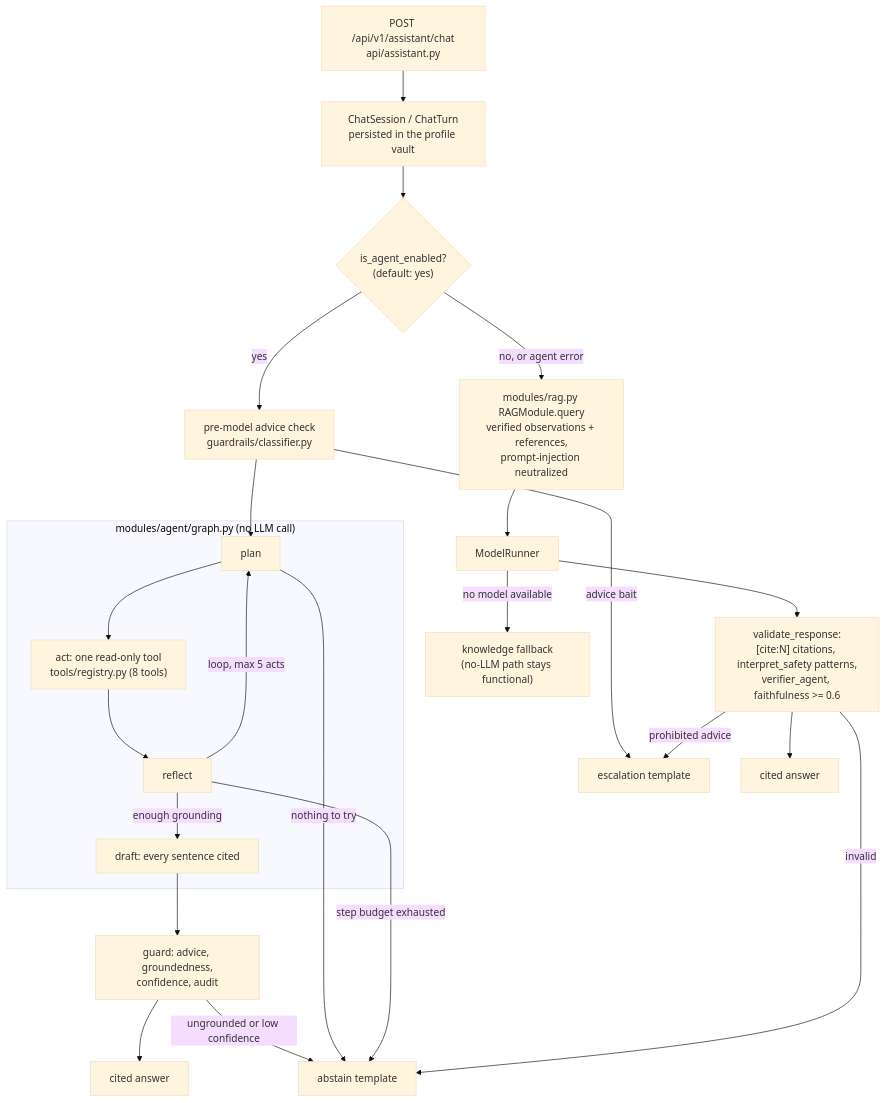
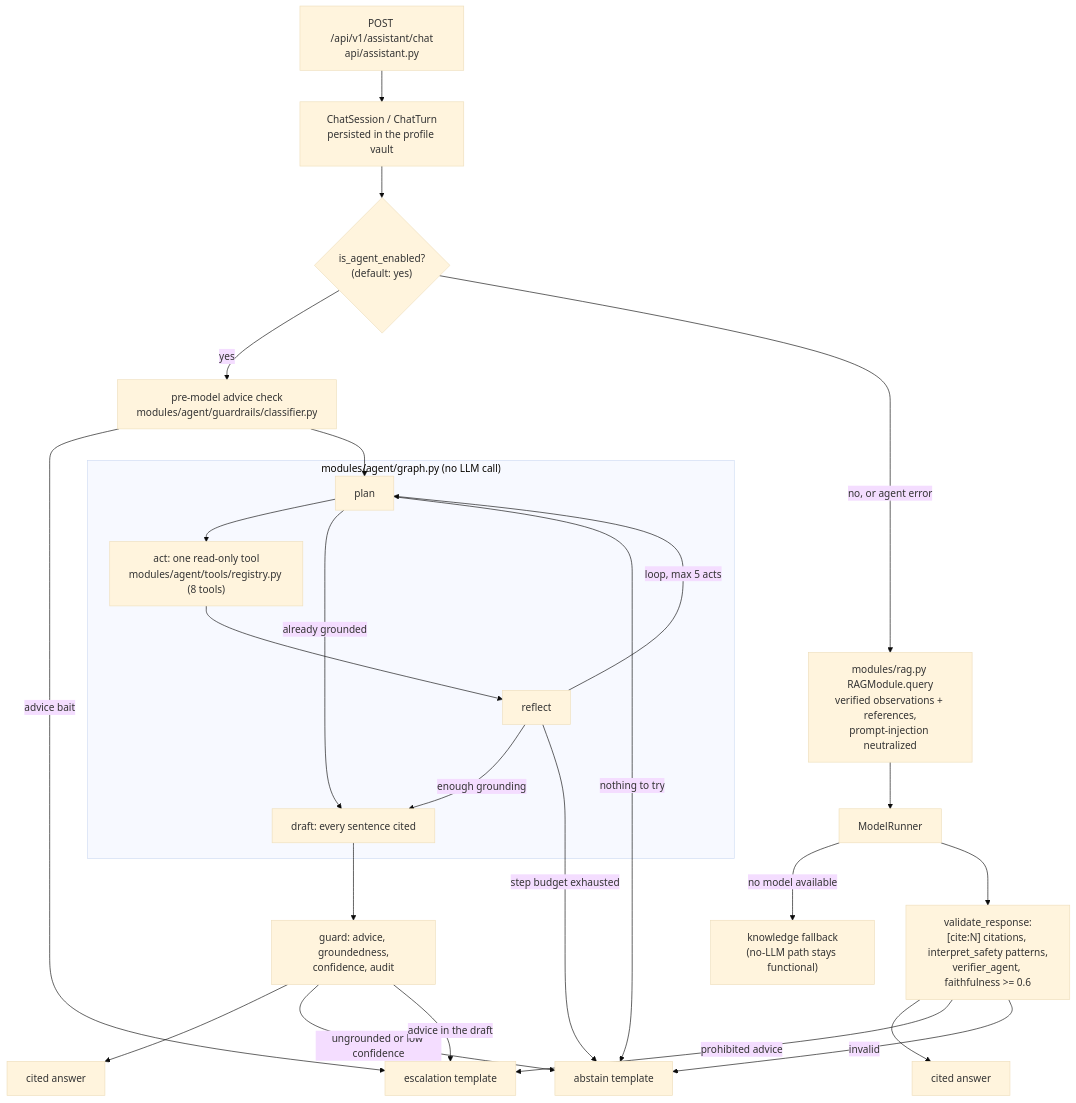
Before and after one commit to BrooklynD23/HealthCentral: the second of 4 diagrams in README.md, drawn with Mermaid (base theme). The commit also changed other lines of this file and 3 other files, not shown here.

````diff
--- a/README.md
+++ b/README.md
@@ -63,28 +63,30 @@
 ```mermaid
 flowchart TD
     Q["POST /api/v1/assistant/chat<br/>api/assistant.py"] --> SESS["ChatSession / ChatTurn<br/>persisted in the profile vault"]
     SESS --> SW{"is_agent_enabled?<br/>(default: yes)"}
 
-    SW -->|yes| PRE["pre-model advice check<br/>guardrails/classifier.py"]
+    SW -->|yes| PRE["pre-model advice check<br/>modules/agent/guardrails/classifier.py"]
     PRE -->|"advice bait"| ESC["escalation template"]
     PRE --> PLAN
     subgraph AGENT["modules/agent/graph.py (no LLM call)"]
-        PLAN["plan"] --> ACT["act: one read-only tool<br/>tools/registry.py (8 tools)"]
+        PLAN["plan"] --> ACT["act: one read-only tool<br/>modules/agent/tools/registry.py (8 tools)"]
+        PLAN -->|"already grounded"| DRAFT
         ACT --> REFL["reflect"]
         REFL -->|"loop, max 5 acts"| PLAN
         REFL -->|"enough grounding"| DRAFT["draft: every sentence cited"]
     end
     DRAFT --> GUARD["guard: advice, groundedness,<br/>confidence, audit"]
     GUARD --> AANS["cited answer"]
     GUARD -->|"ungrounded or low confidence"| ABS["abstain template"]
+    GUARD -->|"advice in the draft"| ESC
     PLAN -->|"nothing to try"| ABS
     REFL -->|"step budget exhausted"| ABS
 
     SW -->|"no, or agent error"| RAG["modules/rag.py RAGModule.query<br/>verified observations + references,<br/>prompt-injection neutralized"]
     RAG --> MR["ModelRunner"]
     MR -->|"no model available"| FB["knowledge fallback<br/>(no-LLM path stays functional)"]
     MR --> VAL["validate_response:<br/>[cite:N] citations, interpret_safety patterns,<br/>verifier_agent, faithfulness >= 0.6"]
     VAL --> LANS["cited answer"]
     VAL -->|"prohibited advice"| ESC
     VAL -->|"invalid"| ABS
 ```
````
